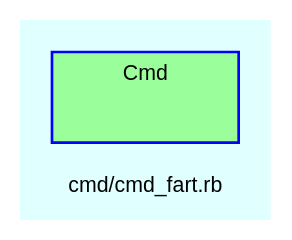
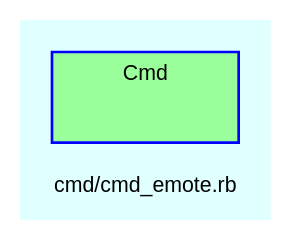
Before and after one commit to Tyche/teensymud: the diagram in doc/dot/f_15.dot, drawn with Graphviz. The commit also changed 121 other files, not shown here.

```diff
--- a/doc/dot/f_15.dot
+++ b/doc/dot/f_15.dot
@@ -1,29 +1,29 @@
 digraph TopLevel {
     compound = true
     bgcolor = lightcyan1
     fontname = Arial
     fontsize = 8
-    label = "cmd/cmd_fart.rb"
+    label = "cmd/cmd_emote.rb"
     node [
         fontname = Arial,
         fontsize = 8,
         color = black
     ]
 
     subgraph cluster_Cmd {
         fillcolor = palegreen1
         URL = "classes/Cmd.html"
         fontname = Arial
         color = blue
         label = "Cmd"
         style = filled
         Cmd [
             shape = plaintext,
             height = 0.01,
             width = 0.75,
             label = ""
         ]
 
     }
 
 }
```
